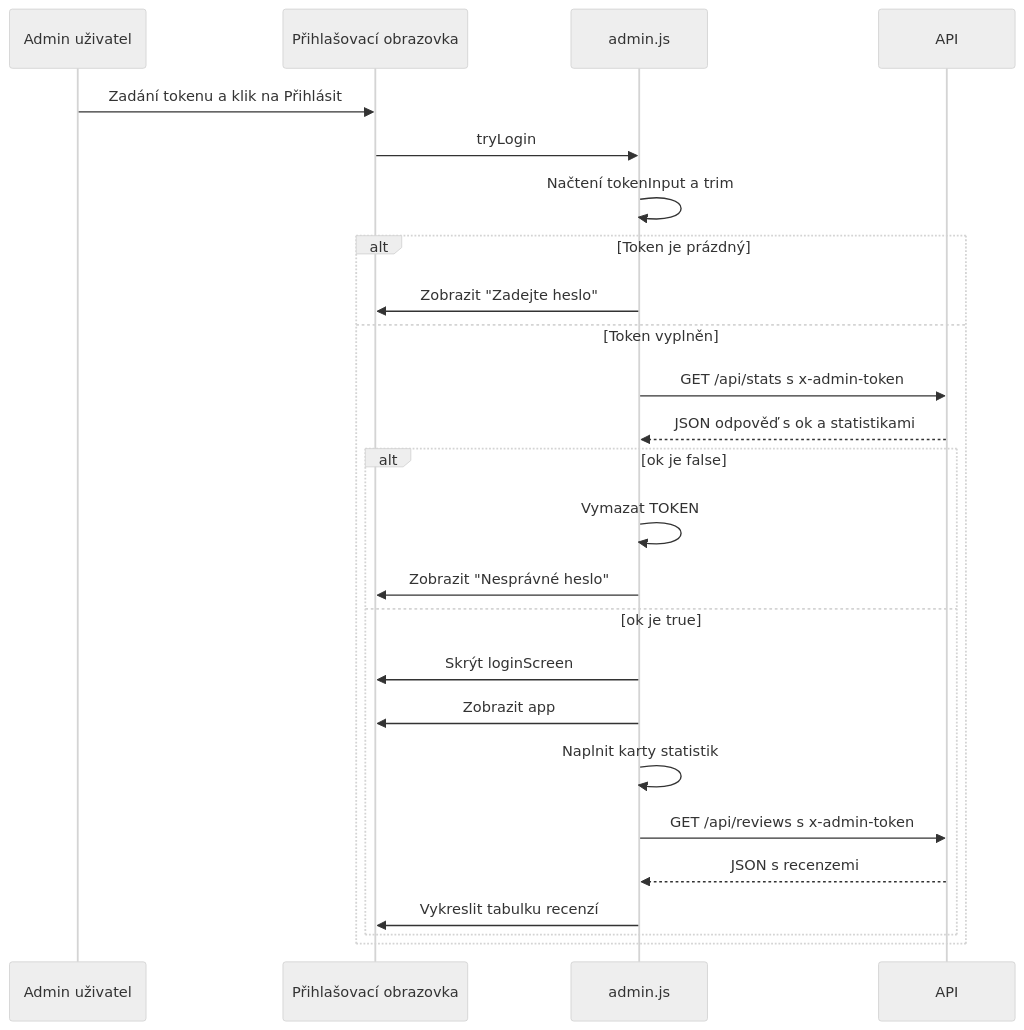
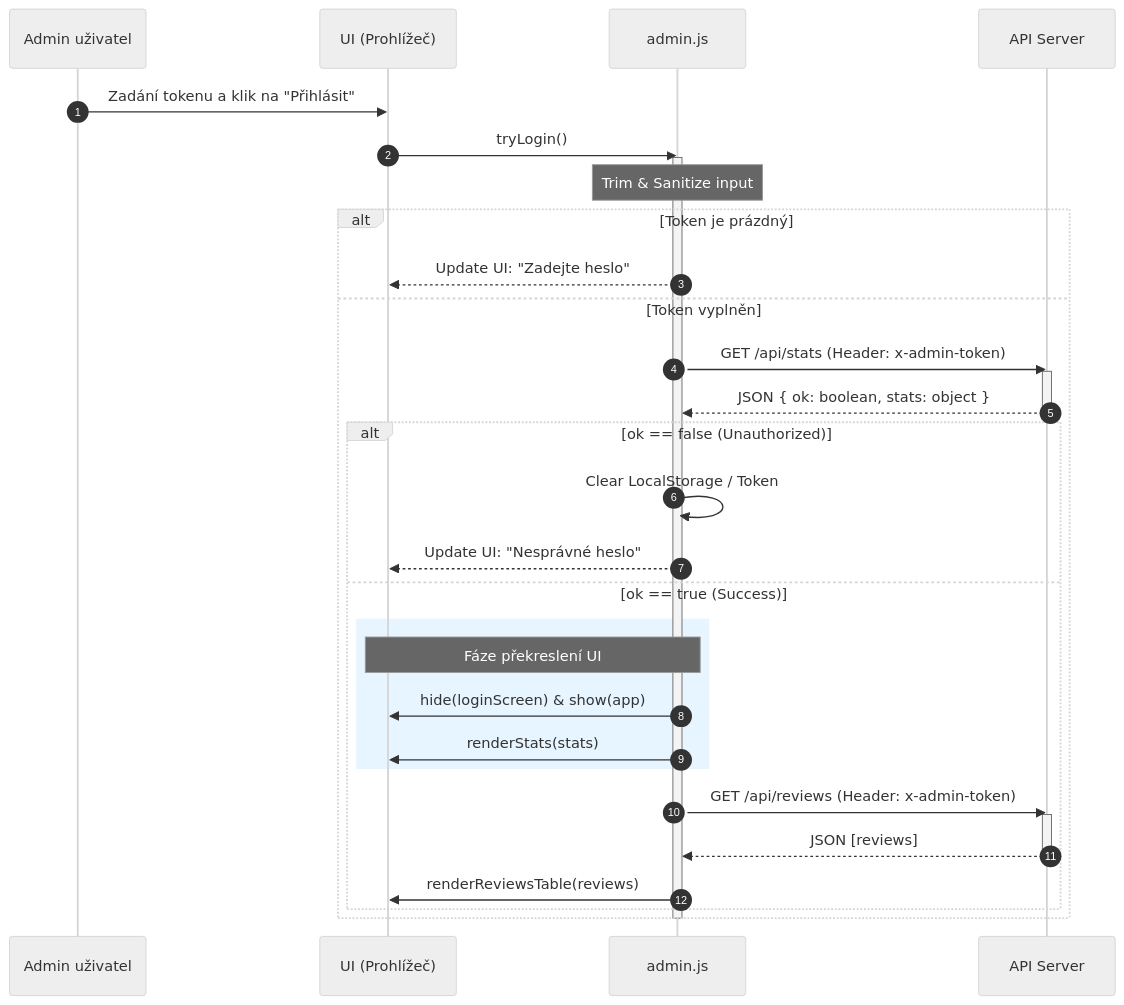
The second of 5 diagrams in docs_cs/Administration+Domain/Admin+authentication+flow,+session+state,+and+screen+transitions.md (FiserBre/hodnoceni), drawn with Mermaid (neutral theme) before and after one commit.

````diff
--- a/docs_cs/Administration+Domain/Admin+authentication+flow,+session+state,+and+screen+transitions.md
+++ b/docs_cs/Administration+Domain/Admin+authentication+flow,+session+state,+and+screen+transitions.md
@@ -119,28 +119,42 @@
 ```mermaid
 sequenceDiagram
+    autonumber
     participant U as Admin uživatel
-    participant V as Přihlašovací obrazovka
+    participant V as UI (Prohlížeč)
     participant J as admin.js
-    participant A as API
+    participant A as API Server
 
-    U->>V: Zadání tokenu a klik na Přihlásit
-    V->>J: tryLogin
-    J->>J: Načtení tokenInput a trim
+    U->>V: Zadání tokenu a klik na "Přihlásit"
+    V->>J: tryLogin()
+    activate J
+    
+    Note over J: Trim & Sanitize input
+    
     alt Token je prázdný
-        J->>V: Zobrazit "Zadejte heslo"
+        J-->>V: Update UI: "Zadejte heslo"
     else Token vyplněn
-        J->>A: GET /api/stats s x-admin-token
-        A-->>J: JSON odpověď s ok a statistikami
-        alt ok je false
-            J->>J: Vymazat TOKEN
-            J->>V: Zobrazit "Nesprávné heslo"
-        else ok je true
-            J->>V: Skrýt loginScreen
-            J->>V: Zobrazit app
-            J->>J: Naplnit karty statistik
-            J->>A: GET /api/reviews s x-admin-token
-            A-->>J: JSON s recenzemi
-            J->>V: Vykreslit tabulku recenzí
+        J->>A: GET /api/stats (Header: x-admin-token)
+        activate A
+        A-->>J: JSON { ok: boolean, stats: object }
+        deactivate A
+        
+        alt ok == false (Unauthorized)
+            J->>J: Clear LocalStorage / Token
+            J-->>V: Update UI: "Nesprávné heslo"
+        else ok == true (Success)
+            rect rgb(230, 245, 255)
+                Note over V, J: Fáze překreslení UI
+                J->>V: hide(loginScreen) & show(app)
+                J->>V: renderStats(stats)
+            end
+            
+            J->>A: GET /api/reviews (Header: x-admin-token)
+            activate A
+            A-->>J: JSON [reviews]
+            deactivate A
+            
+            J->>V: renderReviewsTable(reviews)
         end
     end
+    deactivate J
 ```
````
